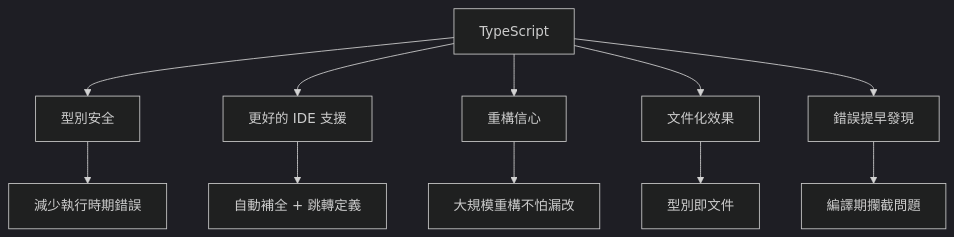
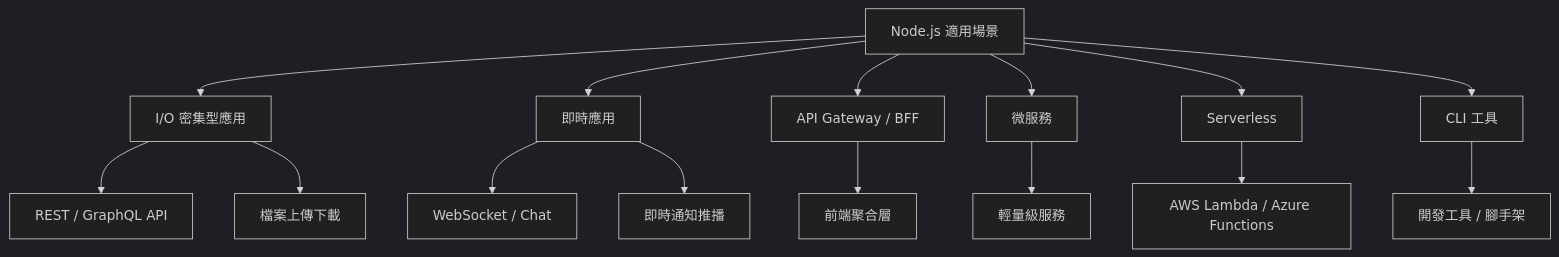
The fourth of 30 diagrams in content/posts/教學/framework/Node.js生態系教學手冊.md (chihhung/Blog), drawn with Mermaid (dark theme) before and after one commit. The commit also changed other lines of this file, not shown here.

Commit message:
更新 Node.js 生態系教學手冊

````diff
--- a/content/posts/教學/framework/Node.js生態系教學手冊.md
+++ b/content/posts/教學/framework/Node.js生態系教學手冊.md
@@ -545,14 +547,18 @@
 ```mermaid
 graph TD
-    A[TypeScript] --> B[型別安全]
-    A --> C[更好的 IDE 支援]
-    A --> D[重構信心]
-    A --> E[文件化效果]
-    A --> F[錯誤提早發現]
+    A[Node.js 適用場景] --> B[I/O 密集型應用]
+    A --> C[即時應用]
+    A --> D[API Gateway / BFF]
+    A --> E[微服務]
+    A --> F[Serverless]
+    A --> G[CLI 工具]
     
-    B --> B1[減少執行時期錯誤]
-    C --> C1[自動補全 + 跳轉定義]
-    D --> D1[大規模重構不怕漏改]
-    E --> E1[型別即文件]
-    F --> F1[編譯期攔截問題]
+    B --> B1[REST / GraphQL API]
+    B --> B2[檔案上傳下載]
+    C --> C1[WebSocket / Chat]
+    C --> C2[即時通知推播]
+    D --> D1[前端聚合層]
+    E --> E1[輕量級服務]
+    F --> F1[AWS Lambda / Azure Functions]
+    G --> G1[開發工具 / 腳手架]
 ```
````
